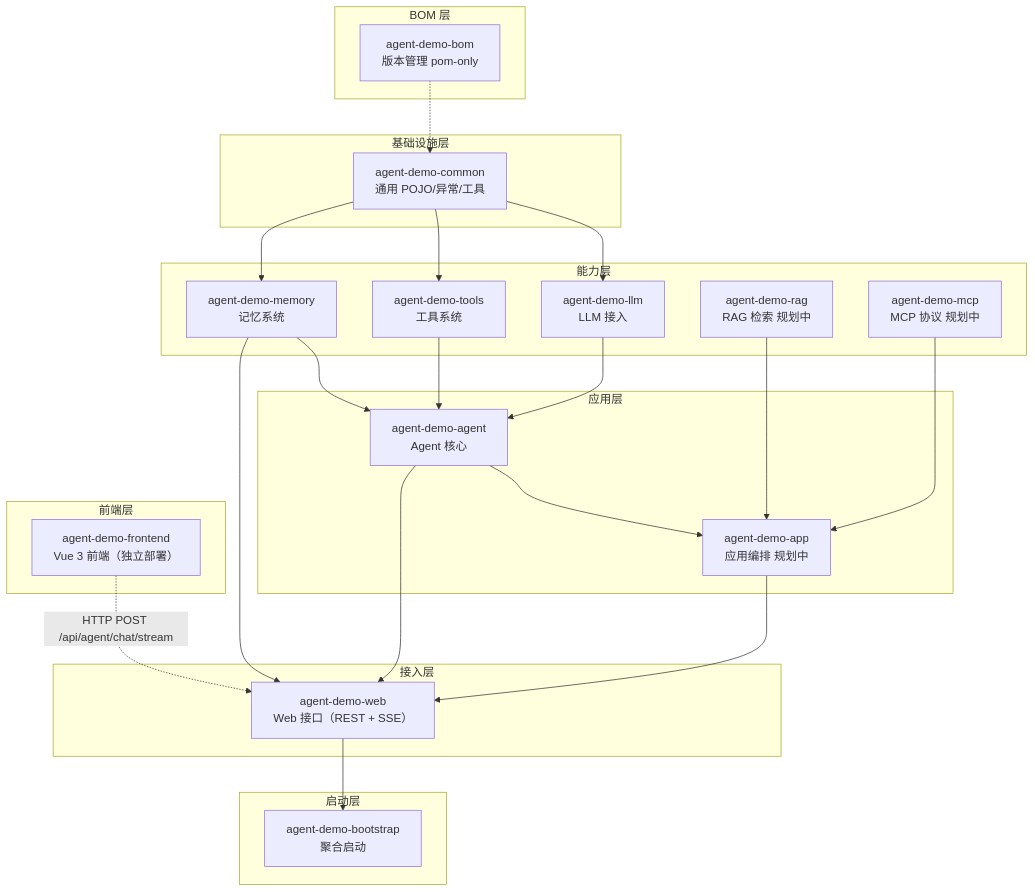
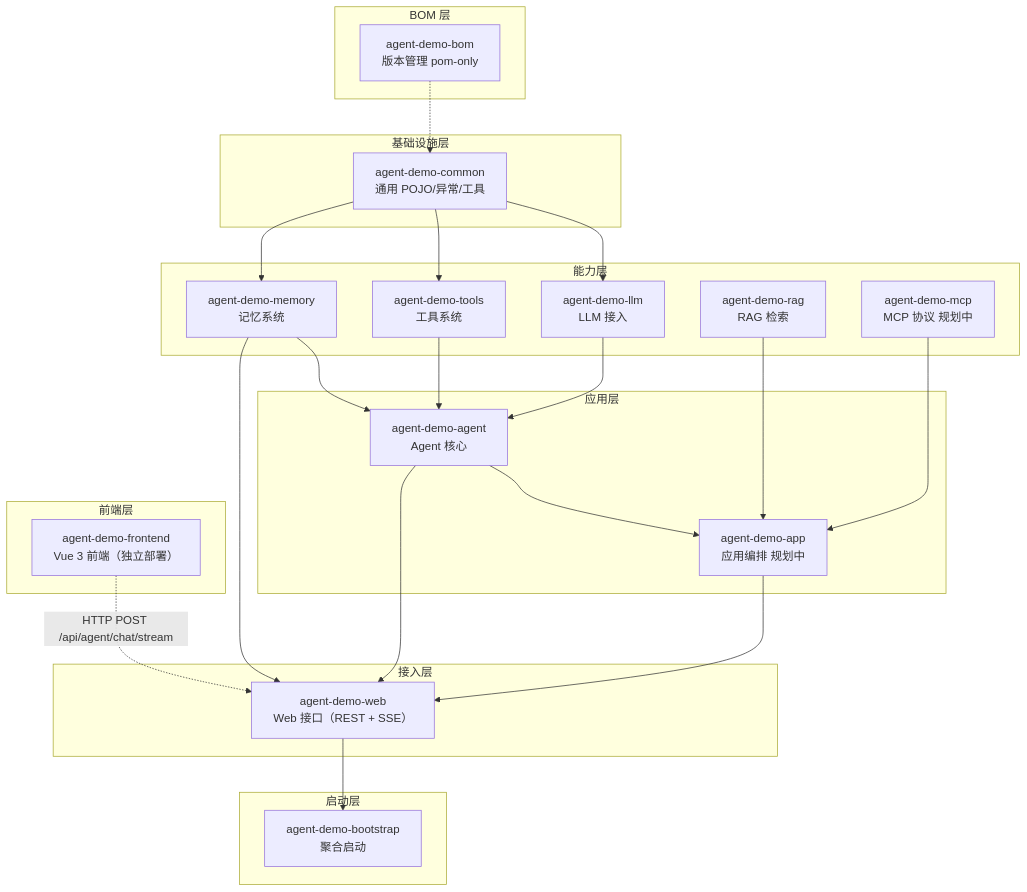
One commit to zxchengQQ/agent_demo changed the fifth of 10 diagrams in specs/技术架构文档-TOGAF.md. Above: the diagram before and after it, drawn with Mermaid. The commit also changed other lines of this file and 85 other files, not shown here.

````diff
--- a/specs/技术架构文档-TOGAF.md
+++ b/specs/技术架构文档-TOGAF.md
@@ -200,51 +200,51 @@
 ```mermaid
 graph TB
     subgraph "BOM 层"
         DEP["agent-demo-bom<br/>版本管理 pom-only"]
     end
 
     subgraph "基础设施层"
         FW_COMMON["agent-demo-common<br/>通用 POJO/异常/工具"]
     end
 
     subgraph "能力层"
         M_LLM["agent-demo-llm<br/>LLM 接入"]
         M_TOOLS["agent-demo-tools<br/>工具系统"]
         M_MEM["agent-demo-memory<br/>记忆系统"]
-        M_RAG["agent-demo-rag<br/>RAG 检索 规划中"]
+        M_RAG["agent-demo-rag<br/>RAG 检索"]
         M_MCP["agent-demo-mcp<br/>MCP 协议 规划中"]
     end
 
     subgraph "应用层"
         M_AGENT["agent-demo-agent<br/>Agent 核心"]
         M_APP["agent-demo-app<br/>应用编排 规划中"]
     end
 
     subgraph "接入层"
         M_WEB["agent-demo-web<br/>Web 接口（REST + SSE）"]
     end
 
     subgraph "前端层"
         M_FE["agent-demo-frontend<br/>Vue 3 前端（独立部署）"]
     end
 
     subgraph "启动层"
         M_BOOT["agent-demo-bootstrap<br/>聚合启动"]
     end
 
     DEP -.-> FW_COMMON
     FW_COMMON --> M_LLM
     FW_COMMON --> M_TOOLS
     FW_COMMON --> M_MEM
     M_LLM --> M_AGENT
     M_TOOLS --> M_AGENT
     M_MEM --> M_AGENT
     M_AGENT --> M_APP
     M_RAG --> M_APP
     M_MCP --> M_APP
     M_APP --> M_WEB
     M_AGENT --> M_WEB
     M_MEM --> M_WEB
     M_WEB --> M_BOOT
     M_FE -.->|HTTP POST /api/agent/chat/stream| M_WEB
 ```
````
